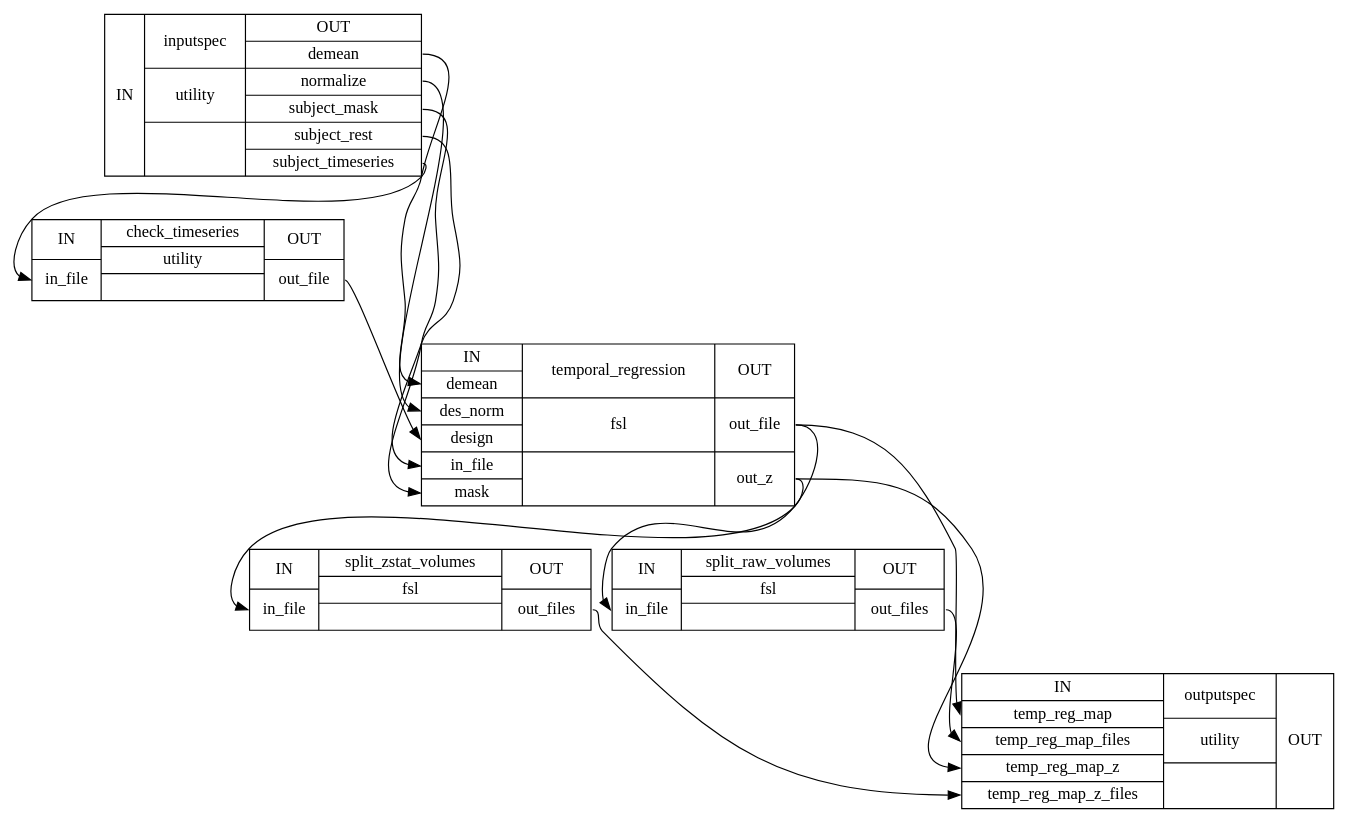
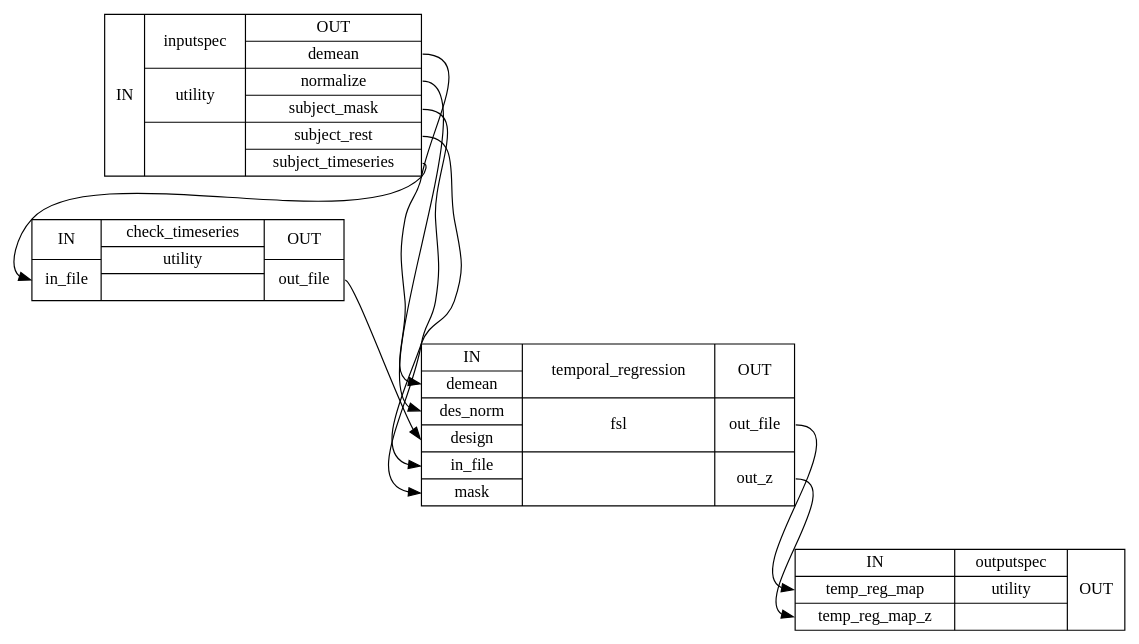
The diagram in docs/nightly/developer/workflows/images/generated/create_temporal_regression_detailed.dot (FCP-INDI/fcp-indi.github.io), drawn with Graphviz before and after one commit. The commit also changed 174 other files, not shown here.

```diff
--- a/docs/nightly/developer/workflows/images/generated/create_temporal_regression_detailed.dot
+++ b/docs/nightly/developer/workflows/images/generated/create_temporal_regression_detailed.dot
@@ -1,21 +1,15 @@
 digraph structs {
 node [shape=record];
 temporal_reginputspec [label="{IN}|{ inputspec | utility |  }|{OUT|<outdemean> demean|<outnormalize> normalize|<outsubjectmask> subject_mask|<outsubjectrest> subject_rest|<outsubjecttimeseries> subject_timeseries}"];
 temporal_regcheck_timeseries [label="{IN|<ininfile> in_file}|{ check_timeseries | utility |  }|{OUT|<outoutfile> out_file}"];
 temporal_regtemporal_regression [label="{IN|<indemean> demean|<indesnorm> des_norm|<indesign> design|<ininfile> in_file|<inmask> mask}|{ temporal_regression | fsl |  }|{OUT|<outoutfile> out_file|<outoutz> out_z}"];
-temporal_regsplit_zstat_volumes [label="{IN|<ininfile> in_file}|{ split_zstat_volumes | fsl |  }|{OUT|<outoutfiles> out_files}"];
-temporal_regsplit_raw_volumes [label="{IN|<ininfile> in_file}|{ split_raw_volumes | fsl |  }|{OUT|<outoutfiles> out_files}"];
-temporal_regoutputspec [label="{IN|<intempregmap> temp_reg_map|<intempregmapfiles> temp_reg_map_files|<intempregmapz> temp_reg_map_z|<intempregmapzfiles> temp_reg_map_z_files}|{ outputspec | utility |  }|{OUT}"];
+temporal_regoutputspec [label="{IN|<intempregmap> temp_reg_map|<intempregmapz> temp_reg_map_z}|{ outputspec | utility |  }|{OUT}"];
 temporal_regcheck_timeseries:outoutfile:e -> temporal_regtemporal_regression:indesign:w;
 temporal_reginputspec:outdemean:e -> temporal_regtemporal_regression:indemean:w;
 temporal_reginputspec:outnormalize:e -> temporal_regtemporal_regression:indesnorm:w;
 temporal_reginputspec:outsubjectmask:e -> temporal_regtemporal_regression:inmask:w;
 temporal_reginputspec:outsubjectrest:e -> temporal_regtemporal_regression:ininfile:w;
 temporal_reginputspec:outsubjecttimeseries:e -> temporal_regcheck_timeseries:ininfile:w;
-temporal_regsplit_raw_volumes:outoutfiles:e -> temporal_regoutputspec:intempregmapfiles:w;
-temporal_regsplit_zstat_volumes:outoutfiles:e -> temporal_regoutputspec:intempregmapzfiles:w;
 temporal_regtemporal_regression:outoutfile:e -> temporal_regoutputspec:intempregmap:w;
-temporal_regtemporal_regression:outoutfile:e -> temporal_regsplit_raw_volumes:ininfile:w;
 temporal_regtemporal_regression:outoutz:e -> temporal_regoutputspec:intempregmapz:w;
-temporal_regtemporal_regression:outoutz:e -> temporal_regsplit_zstat_volumes:ininfile:w;
 }
```
